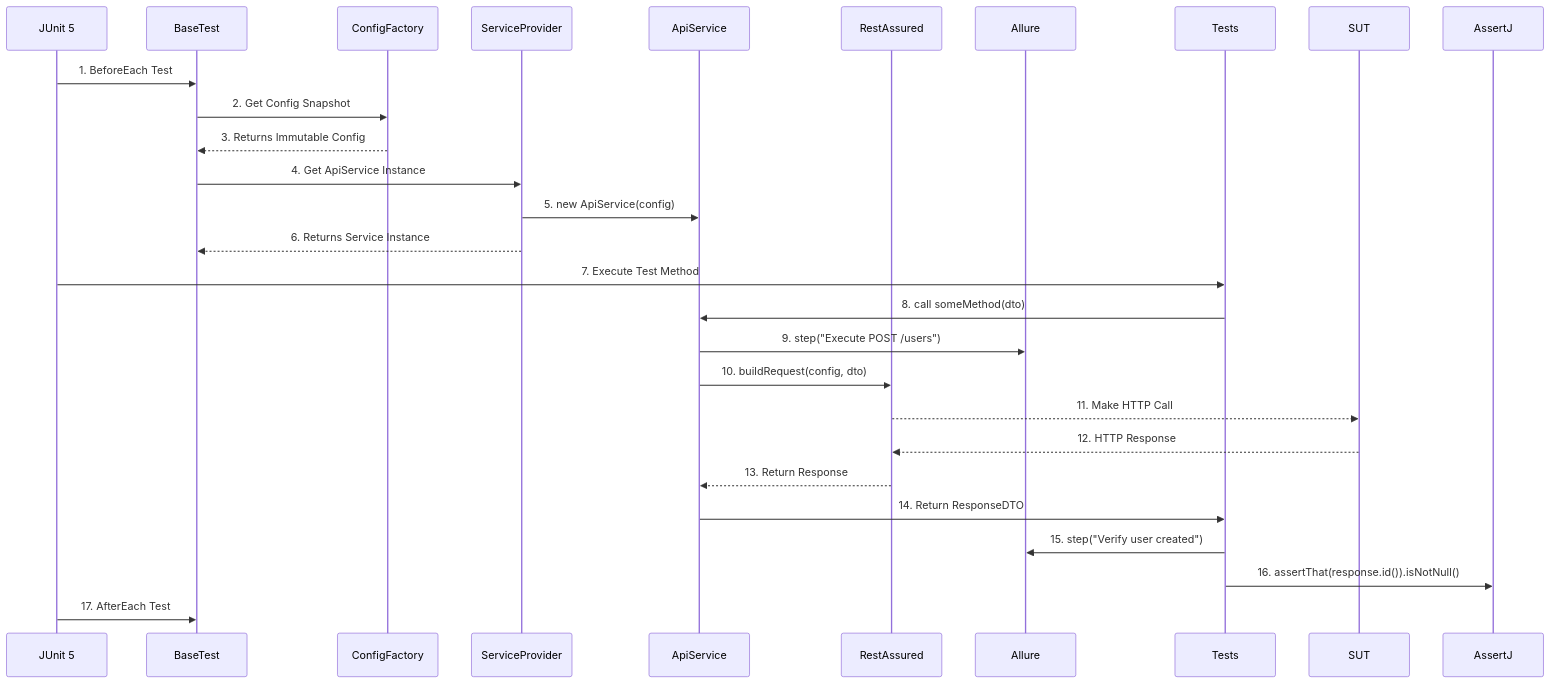
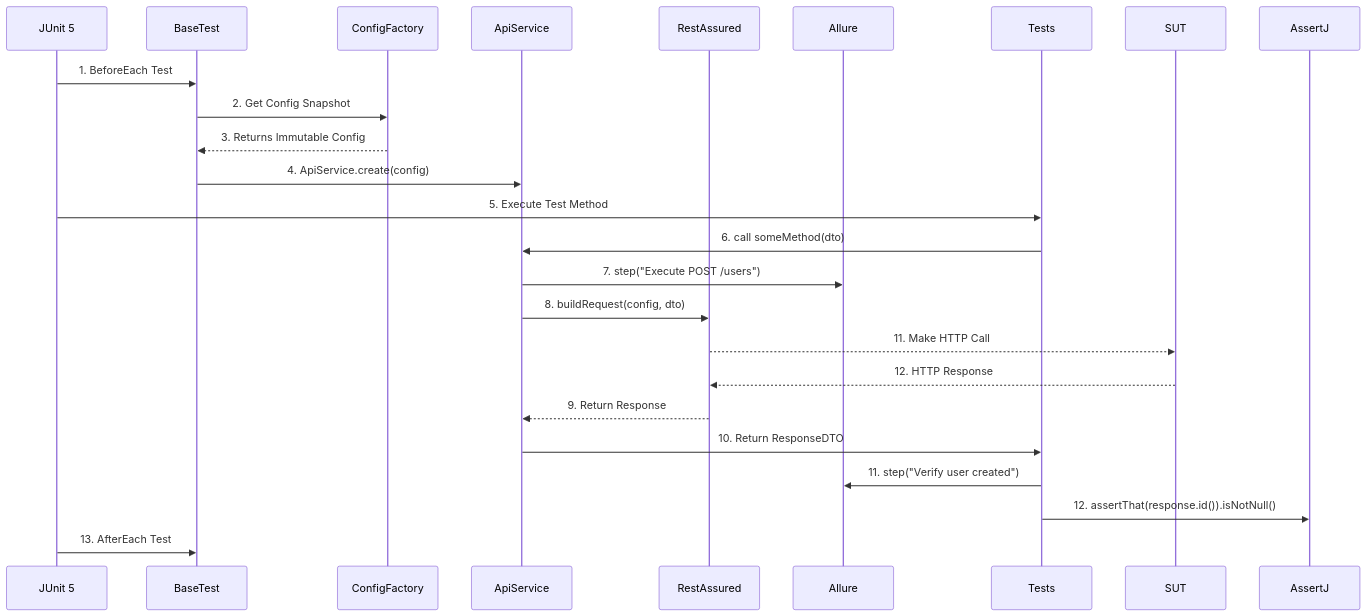
The first of 2 diagrams in docs/architecture/core-workflows.md (gureevod/hex_mad), drawn with Mermaid before and after one commit. The commit also changed other lines of this file and 9 other files, not shown here.

````diff
--- a/docs/architecture/core-workflows.md
+++ b/docs/architecture/core-workflows.md
@@ -8,28 +8,25 @@
 ```mermaid
 sequenceDiagram
     participant J as JUnit 5
     participant BT as BaseTest
     participant CF as ConfigFactory
-    participant SP as ServiceProvider
     participant AS as ApiService
     participant RA as RestAssured
     participant AL as Allure
 
     J->>BT: 1. BeforeEach Test
     BT->>CF: 2. Get Config Snapshot
     CF-->>BT: 3. Returns Immutable Config
-    BT->>SP: 4. Get ApiService Instance
-    SP->>AS: 5. new ApiService(config)
-    SP-->>BT: 6. Returns Service Instance
-    J->>Tests: 7. Execute Test Method
-    Tests->>AS: 8. call someMethod(dto)
-    AS->>AL: 9. step("Execute POST /users")
-    AS->>RA: 10. buildRequest(config, dto)
+    BT->>AS: 4. ApiService.create(config)
+    J->>Tests: 5. Execute Test Method
+    Tests->>AS: 6. call someMethod(dto)
+    AS->>AL: 7. step("Execute POST /users")
+    AS->>RA: 8. buildRequest(config, dto)
     RA-->>SUT: 11. Make HTTP Call
     SUT-->>RA: 12. HTTP Response
-    RA-->>AS: 13. Return Response
-    AS->>Tests: 14. Return ResponseDTO
-    Tests->>AL: 15. step("Verify user created")
-    Tests->>AssertJ: 16. assertThat(response.id()).isNotNull()
-    J->>BT: 17. AfterEach Test
+    RA-->>AS: 9. Return Response
+    AS->>Tests: 10. Return ResponseDTO
+    Tests->>AL: 11. step("Verify user created")
+    Tests->>AssertJ: 12. assertThat(response.id()).isNotNull()
+    J->>BT: 13. AfterEach Test
 ```
````
